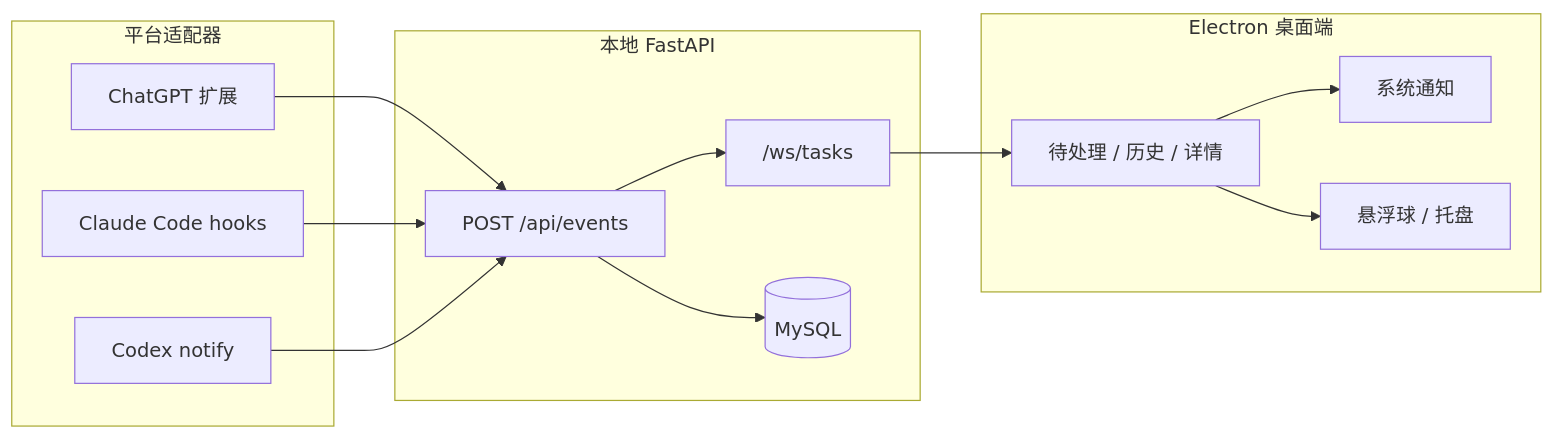
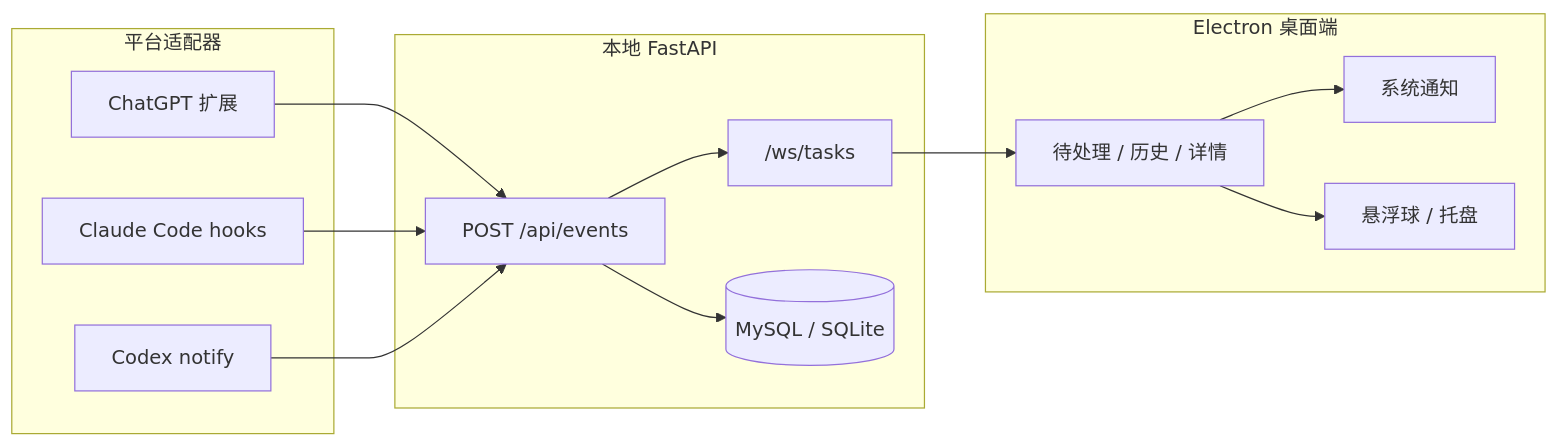
Before and after one commit to elaysia-feng/AI-Task-Hub: the diagram in README.md, drawn with Mermaid. The commit also changed other lines of this file and 23 other files, not shown here.

First line of the commit message:
feat: MySQL/SQLite 双模式存储（auto 兜底）+ 本地打包 EBUSY 根治

````diff
--- a/README.md
+++ b/README.md
@@ -115,27 +116,27 @@
 ```mermaid
 flowchart LR
     subgraph AD["平台适配器"]
         CG["ChatGPT 扩展"]
         CC["Claude Code hooks"]
         CX["Codex notify"]
     end
 
     subgraph BE["本地 FastAPI"]
         API["POST /api/events"]
         WS["/ws/tasks"]
-        DB[("MySQL")]
+        DB[("MySQL / SQLite")]
     end
 
     subgraph DT["Electron 桌面端"]
         Q["待处理 / 历史 / 详情"]
         N["系统通知"]
         O["悬浮球 / 托盘"]
     end
 
     CG & CC & CX --> API
     API --> DB
     API --> WS
     WS --> Q
     Q --> N
     Q --> O
 ```
````
